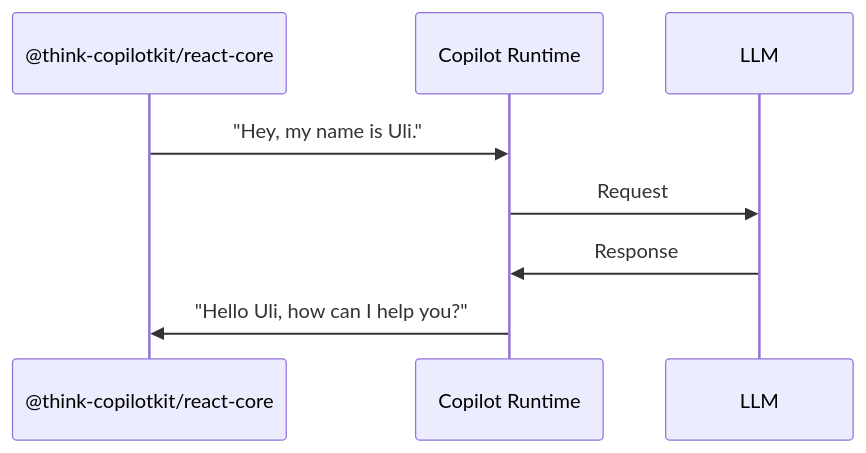
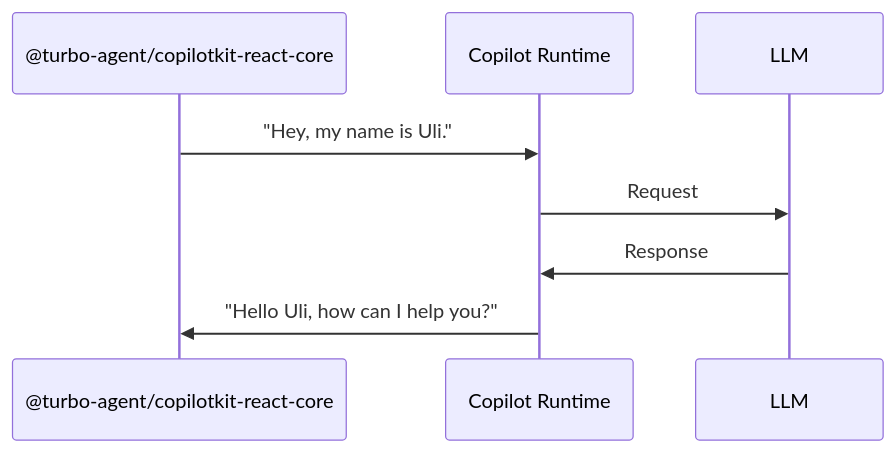
One commit to Sherler/CopilotKit changed the diagram in docs/content/docs/direct-to-llm/guides/self-hosting.mdx. Above: the diagram before and after it, drawn with Mermaid. The commit also changed 634 other files, not shown here.

````diff
--- a/docs/content/docs/direct-to-llm/guides/self-hosting.mdx
+++ b/docs/content/docs/direct-to-llm/guides/self-hosting.mdx
@@ -17,11 +17,11 @@
   ```mermaid
   sequenceDiagram
-    participant core as @think-copilotkit/react-core
+    participant core as @turbo-agent/copilotkit-react-core
     participant runtime as Copilot Runtime
     participant llm as LLM
 
     core->>runtime: "Hey, my name is Uli."
     runtime->>llm: Request
     llm->>runtime: Response
     runtime->>core: "Hello Uli, how can I help you?"
   ```
````
